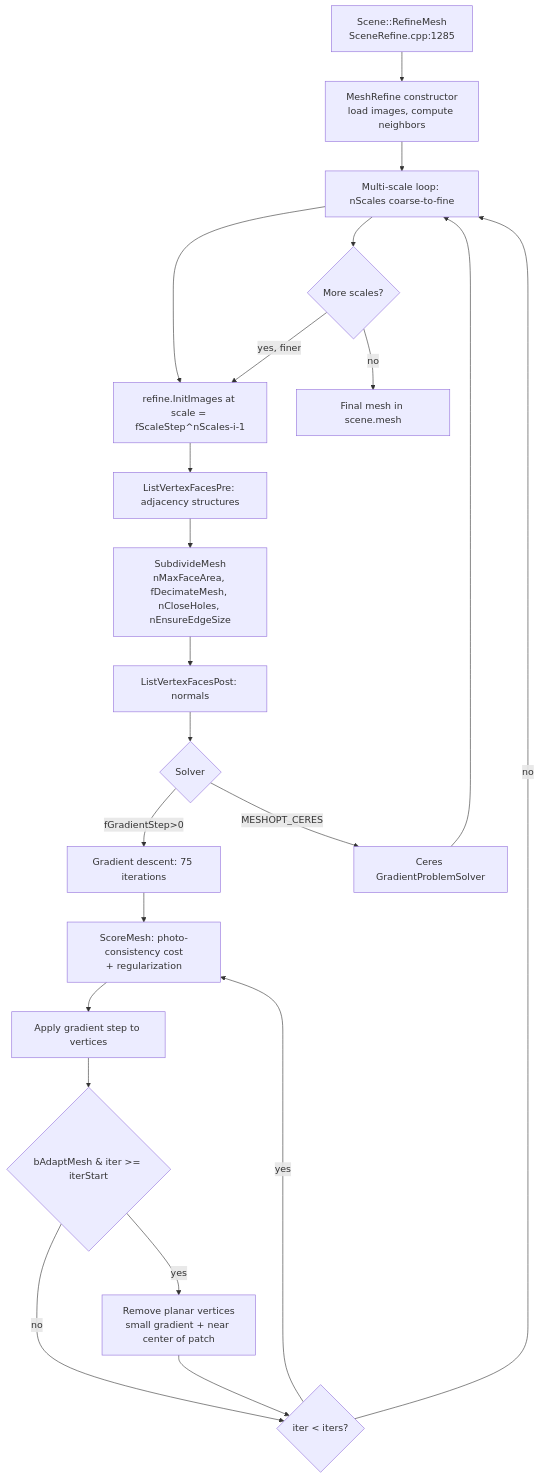
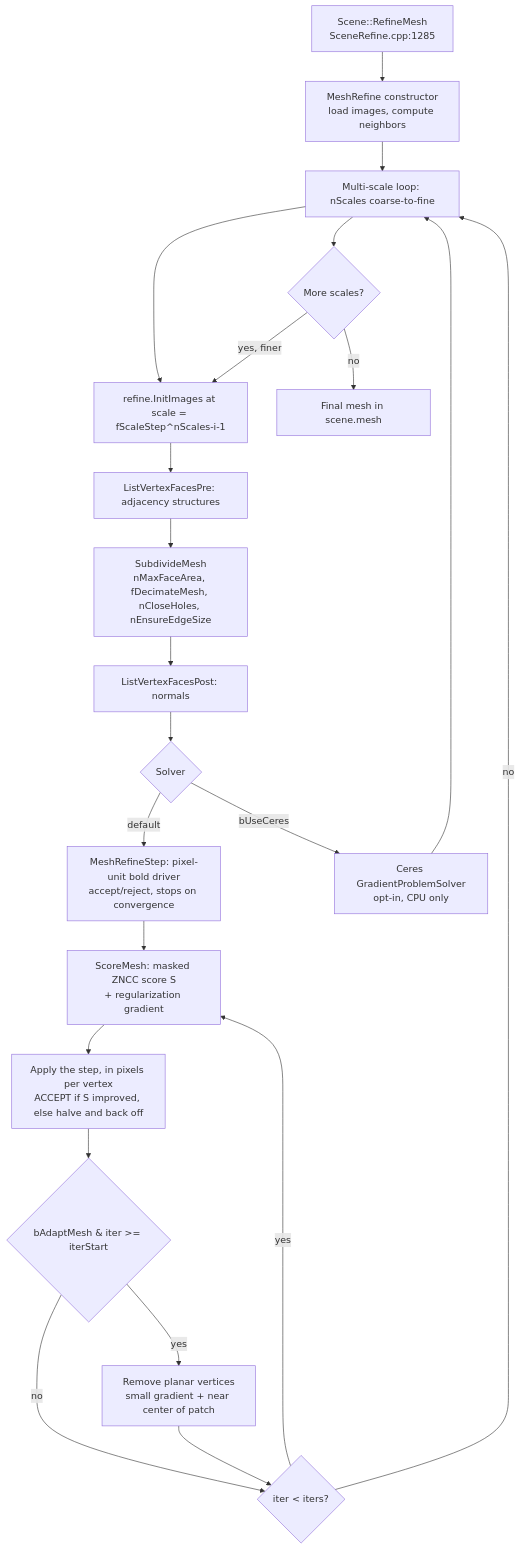
One commit to cdcseacave/openMVS changed the eighth of 10 diagrams in docs/pipeline-traces.md. Above: the diagram before and after it, drawn with Mermaid. The commit also changed other lines of this file and 35 other files, not shown here.

Commit message:
mesh: refine correctness, CPU/CUDA parity, and a convergence-driven optimizer (#1299)

````diff
--- a/docs/pipeline-traces.md
+++ b/docs/pipeline-traces.md
@@ -573,24 +573,24 @@
 ```mermaid
 graph TD
     A[Scene::RefineMesh<br/>SceneRefine.cpp:1285] --> B[MeshRefine constructor<br/>load images, compute neighbors]
     B --> C[Multi-scale loop: nScales coarse-to-fine]
     C --> D[refine.InitImages at scale = fScaleStep^nScales-i-1]
     D --> E[ListVertexFacesPre: adjacency structures]
     E --> F[SubdivideMesh<br/>nMaxFaceArea, fDecimateMesh, nCloseHoles, nEnsureEdgeSize]
     F --> G[ListVertexFacesPost: normals]
     G --> H{Solver}
-    H -->|fGradientStep>0| I[Gradient descent: 75 iterations]
-    H -->|MESHOPT_CERES| J[Ceres GradientProblemSolver]
-    I --> I1[ScoreMesh: photo-consistency cost<br/>+ regularization]
-    I1 --> I2[Apply gradient step to vertices]
+    H -->|default| I[MeshRefineStep: pixel-unit bold driver<br/>accept/reject, stops on convergence]
+    H -->|bUseCeres| J[Ceres GradientProblemSolver<br/>opt-in, CPU only]
+    I --> I1[ScoreMesh: masked ZNCC score S<br/>+ regularization gradient]
+    I1 --> I2[Apply the step, in pixels per vertex<br/>ACCEPT if S improved, else halve and back off]
     I2 --> I3{bAdaptMesh & iter >= iterStart}
     I3 -->|yes| I4[Remove planar vertices<br/>small gradient + near center of patch]
     I3 -->|no| I5
     I4 --> I5{iter < iters?}
     I5 -->|yes| I1
     I5 -->|no| C
     J --> C
     C --> K{More scales?}
     K -->|yes, finer| D
     K -->|no| L[Final mesh in scene.mesh]
 ```
````
